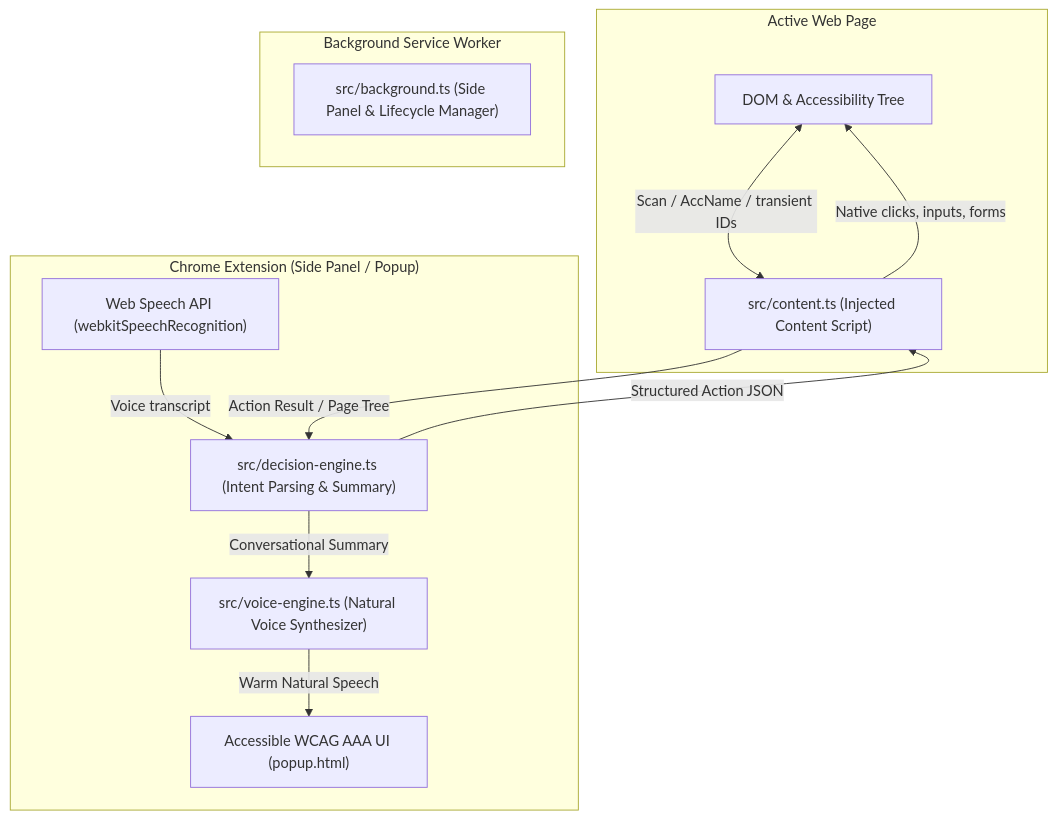
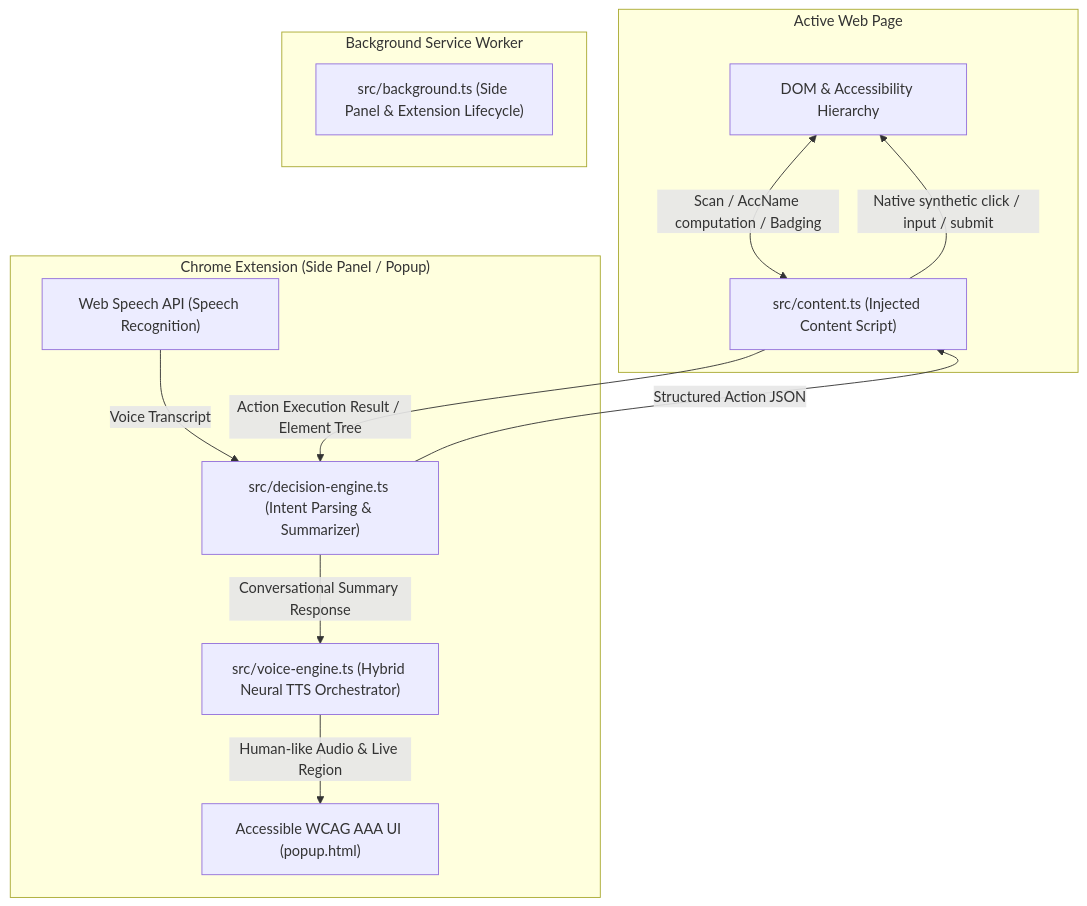
Before and after one commit to Soussi-Aymen/access-web-extension: the diagram in README.md, drawn with Mermaid. The commit also changed other lines of this file, not shown here.

````diff
--- a/README.md
+++ b/README.md
@@ -18,26 +69,26 @@
 ```mermaid
 flowchart TD
     subgraph WebPage["Active Web Page"]
-        DOM[DOM & Accessibility Tree]
+        DOM["DOM & Accessibility Hierarchy"]
         CS["src/content.ts (Injected Content Script)"]
-        DOM <-->|Scan / AccName / transient IDs| CS
-        CS -->|Native clicks, inputs, forms| DOM
+        DOM <-->|Scan / AccName computation / Badging| CS
+        CS -->|Native synthetic click / input / submit| DOM
     end
 
     subgraph ExtensionPanel["Chrome Extension (Side Panel / Popup)"]
-        SR["Web Speech API (webkitSpeechRecognition)"]
-        DE["src/decision-engine.ts (Intent Parsing & Summary)"]
-        VE["src/voice-engine.ts (Natural Voice Synthesizer)"]
+        SR["Web Speech API (Speech Recognition)"]
+        DE["src/decision-engine.ts (Intent Parsing & Summarizer)"]
+        VE["src/voice-engine.ts (Hybrid Neural TTS Orchestrator)"]
         UI["Accessible WCAG AAA UI (popup.html)"]
 
-        SR -->|Voice transcript| DE
+        SR -->|Voice Transcript| DE
         DE -->|Structured Action JSON| CS
-        CS -->|Action Result / Page Tree| DE
-        DE -->|Conversational Summary| VE
-        VE -->|Warm Natural Speech| UI
+        CS -->|Action Execution Result / Element Tree| DE
+        DE -->|Conversational Summary Response| VE
+        VE -->|Human-like Audio & Live Region| UI
     end
 
     subgraph ServiceWorker["Background Service Worker"]
-        BG["src/background.ts (Side Panel & Lifecycle Manager)"]
+        BG["src/background.ts (Side Panel & Extension Lifecycle)"]
     end
 ```
````
